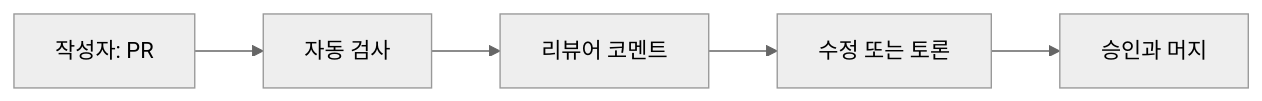
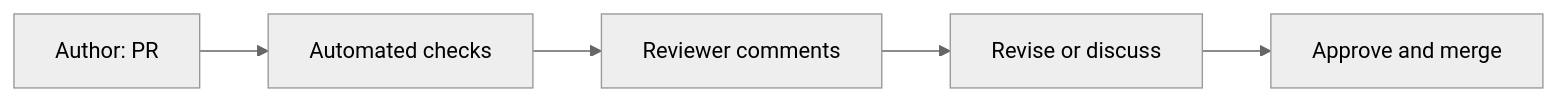
One commit to yeongseon-books/book-content changed the diagram in content/software-engineering-101/ko/04-code-review.md. Above: the diagram before and after it, drawn with Mermaid (neutral theme). The commit also changed other lines of this file and 9 other files, not shown here.

````diff
--- a/content/software-engineering-101/ko/04-code-review.md
+++ b/content/software-engineering-101/ko/04-code-review.md
@@ -36,7 +50,7 @@
 ```mermaid
 flowchart LR
-    A["작성자: PR"] --> B["자동 검사"]
-    B --> C["리뷰어 코멘트"]
-    C --> D["수정 또는 토론"]
-    D --> E["승인과 머지"]
+    A["Author: PR"] --> B["Automated checks"]
+    B --> C["Reviewer comments"]
+    C --> D["Revise or discuss"]
+    D --> E["Approve and merge"]
 ```
````
